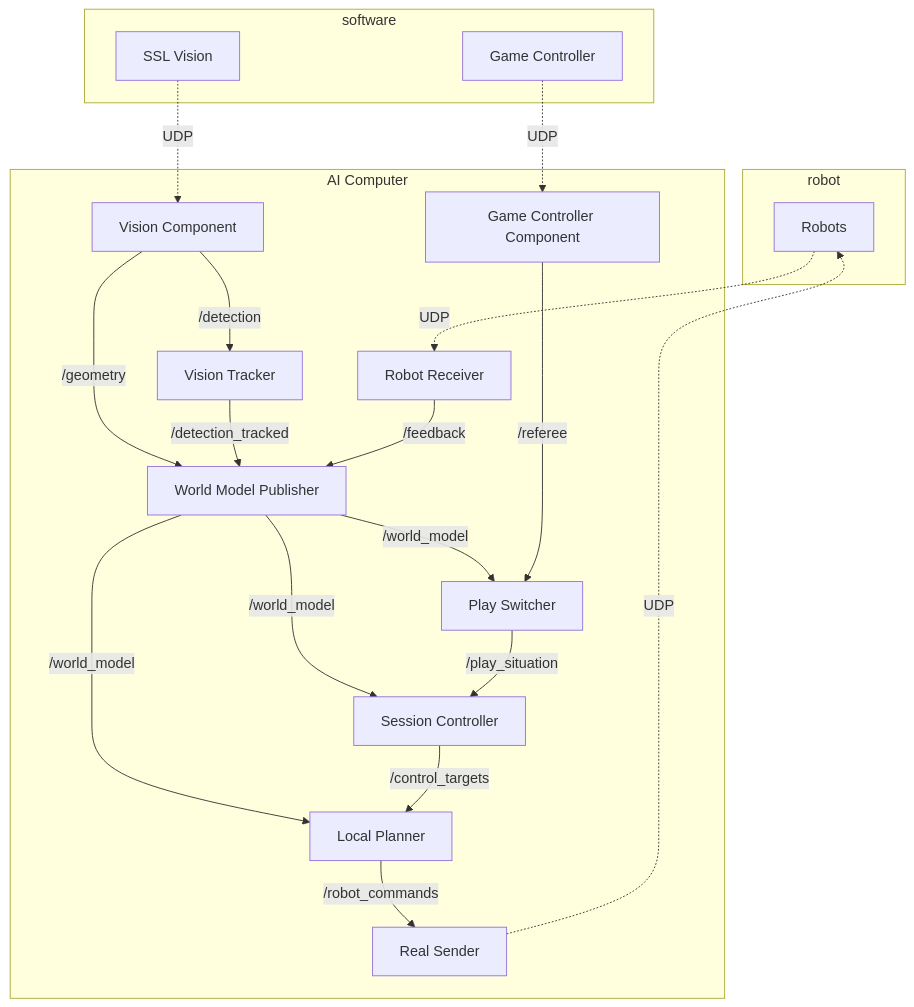
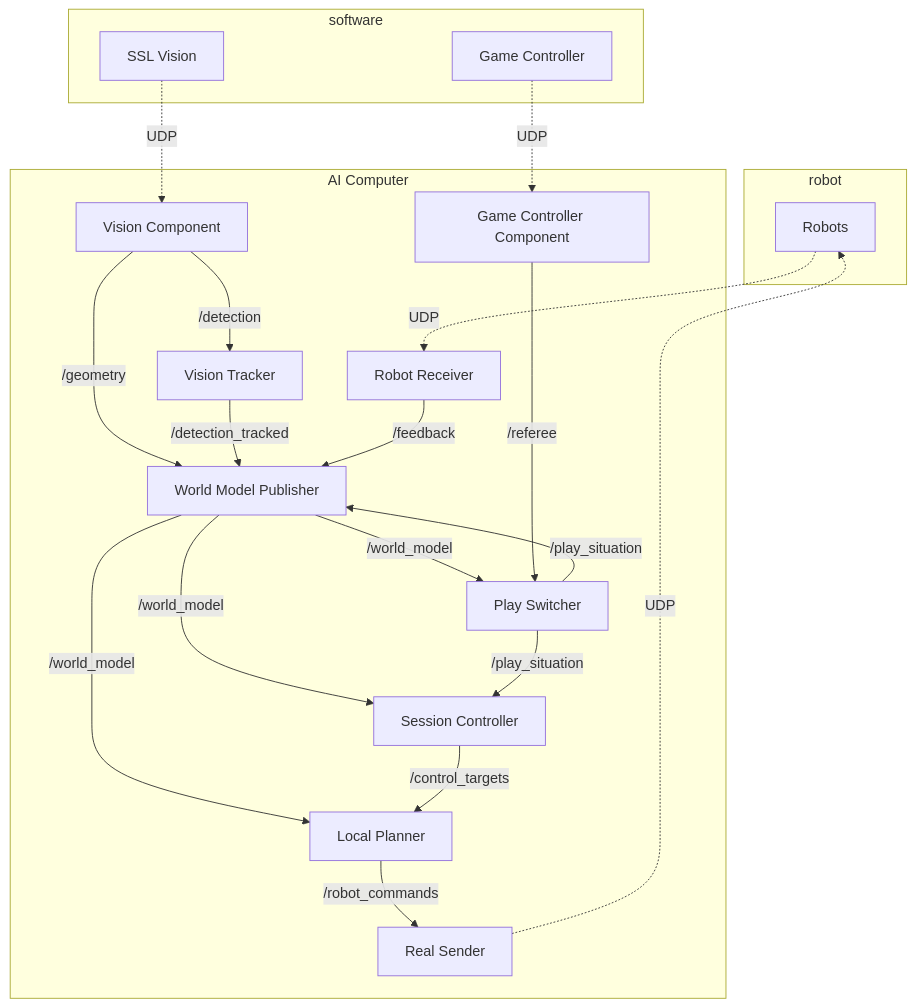
The second of 3 diagrams in docs/diagram.md (ibis-ssl/crane), drawn with Mermaid before and after one commit.

Commit message:
ダイアグラムの修正

````diff
--- a/docs/diagram.md
+++ b/docs/diagram.md
@@ -57,51 +57,52 @@
 ```mermaid
 graph TD
 
     subgraph robot
         Robots[Robots]
     end
 
     subgraph AI Computer
         LP[Local Planner]
         PS[Play Switcher]
 
         VC[Vision Component]
         GCC[Game Controller Component]
         Receiver[Robot Receiver]
 
         SC[Session Controller]
         SS[Real Sender]
 
         VT[Vision Tracker]
         WP[World Model Publisher]
     end
 
     subgraph software
         Vision[SSL Vision]
         GC[Game Controller]
     end
 
     WP -- /world_model -->  SC
     WP -- /world_model -->  PS
     WP -- /world_model -->  LP
 
 
 
     Robots -. UDP .-> Receiver
     VC -- /geometry -->  WP
 
     Vision -. UDP .->  VC
 
 
     VC -- /detection -->  VT
     VT -- /detection_tracked -->  WP
 
     GC -. UDP .->  GCC
     GCC -- /referee -->  PS
     PS -- /play_situation --> SC
+    PS -- /play_situation --> WP
     SC -- /control_targets --> LP
     LP -- /robot_commands -->  SS
     SS -. UDP .->  Robots
 
     Receiver -- /feedback -->  WP
 ```
````
